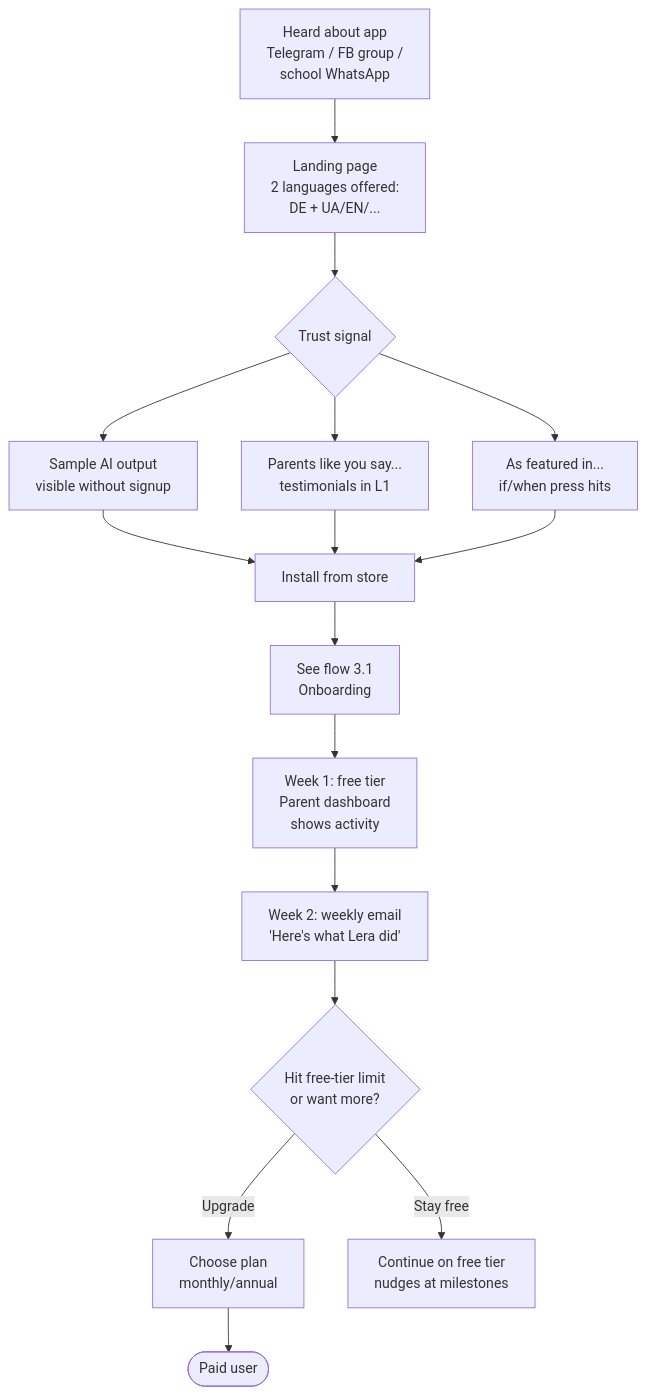
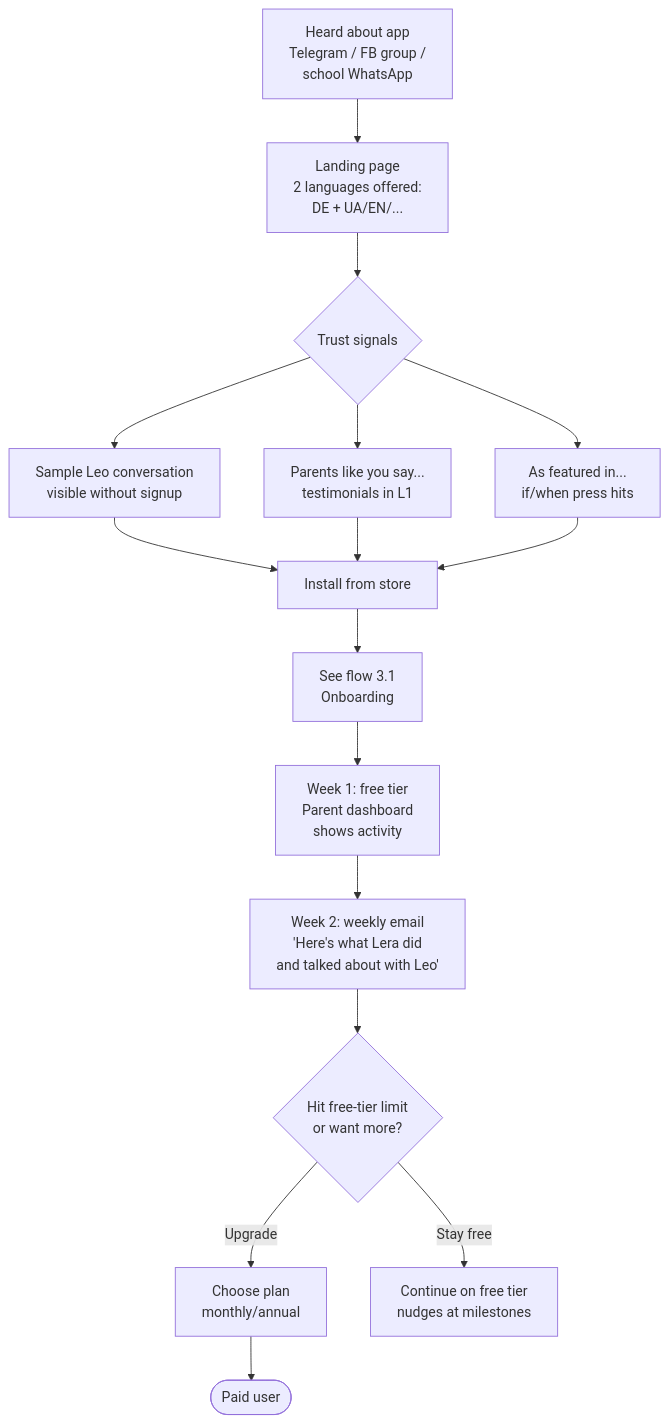
One commit to romank-crisp/gymi-pruf changed diagram 12 of 16 in docs/product/user-flows-and-interaction.md. Above: the diagram before and after it, drawn with Mermaid. The commit also changed other lines of this file and 3 other files, not shown here.

````diff
--- a/docs/product/user-flows-and-interaction.md
+++ b/docs/product/user-flows-and-interaction.md
@@ -318,18 +388,18 @@
 ```mermaid
 flowchart TD
     D[Heard about app<br/>Telegram / FB group /<br/>school WhatsApp] --> L[Landing page<br/>2 languages offered:<br/>DE + UA/EN/...]
-    L --> T{Trust signal}
-    T --> TY[Sample AI output<br/>visible without signup]
+    L --> T{Trust signals}
+    T --> TY[Sample Leo conversation<br/>visible without signup]
     T --> TP[Parents like you say...<br/>testimonials in L1]
     T --> TE[As featured in...<br/>if/when press hits]
     TY --> INST[Install from store]
     TP --> INST
     TE --> INST
     INST --> OB[See flow 3.1<br/>Onboarding]
     OB --> W1[Week 1: free tier<br/>Parent dashboard<br/>shows activity]
-    W1 --> W2[Week 2: weekly email<br/>'Here's what Lera did']
+    W1 --> W2[Week 2: weekly email<br/>'Here's what Lera did<br/>and talked about with Leo']
     W2 --> PAY{Hit free-tier limit<br/>or want more?}
     PAY -->|Upgrade| SUB[Choose plan<br/>monthly/annual]
     PAY -->|Stay free| FREE[Continue on free tier<br/>nudges at milestones]
     SUB --> PAID([Paid user])
 ```
````
